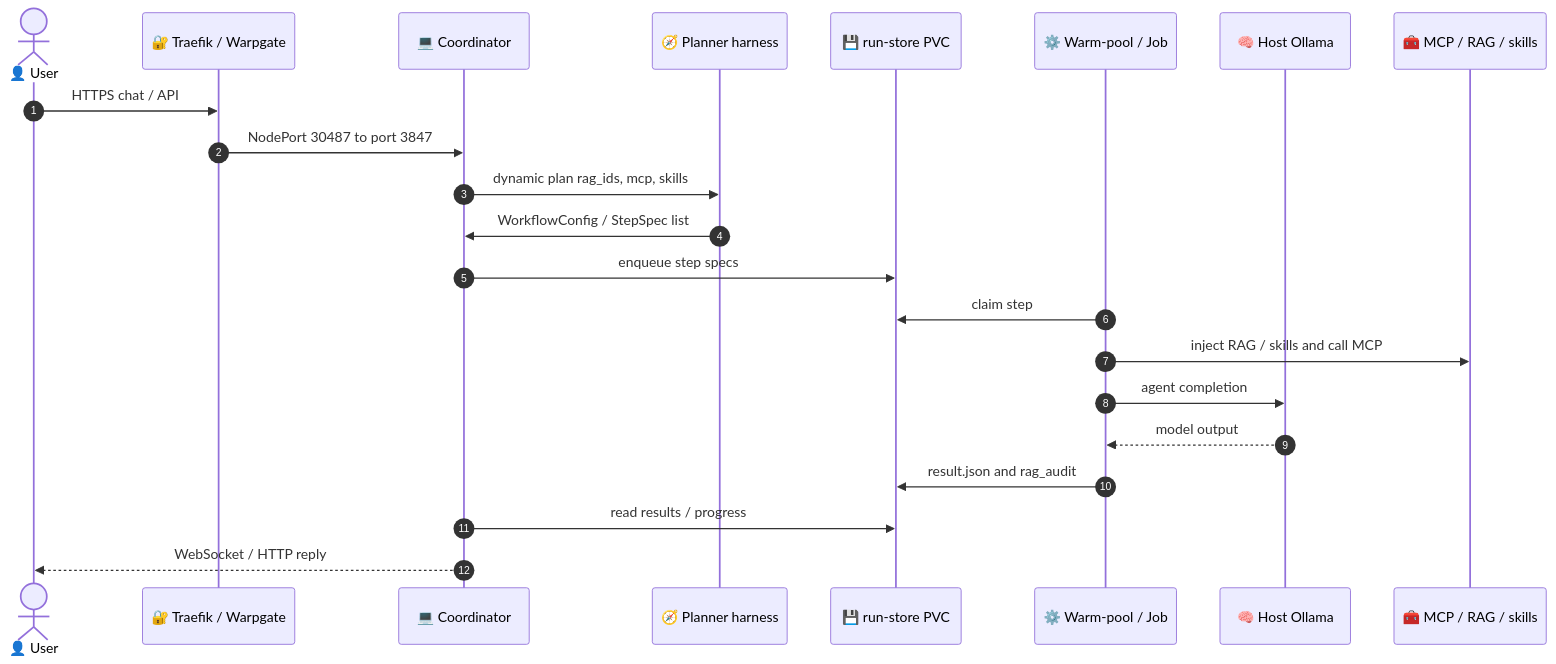
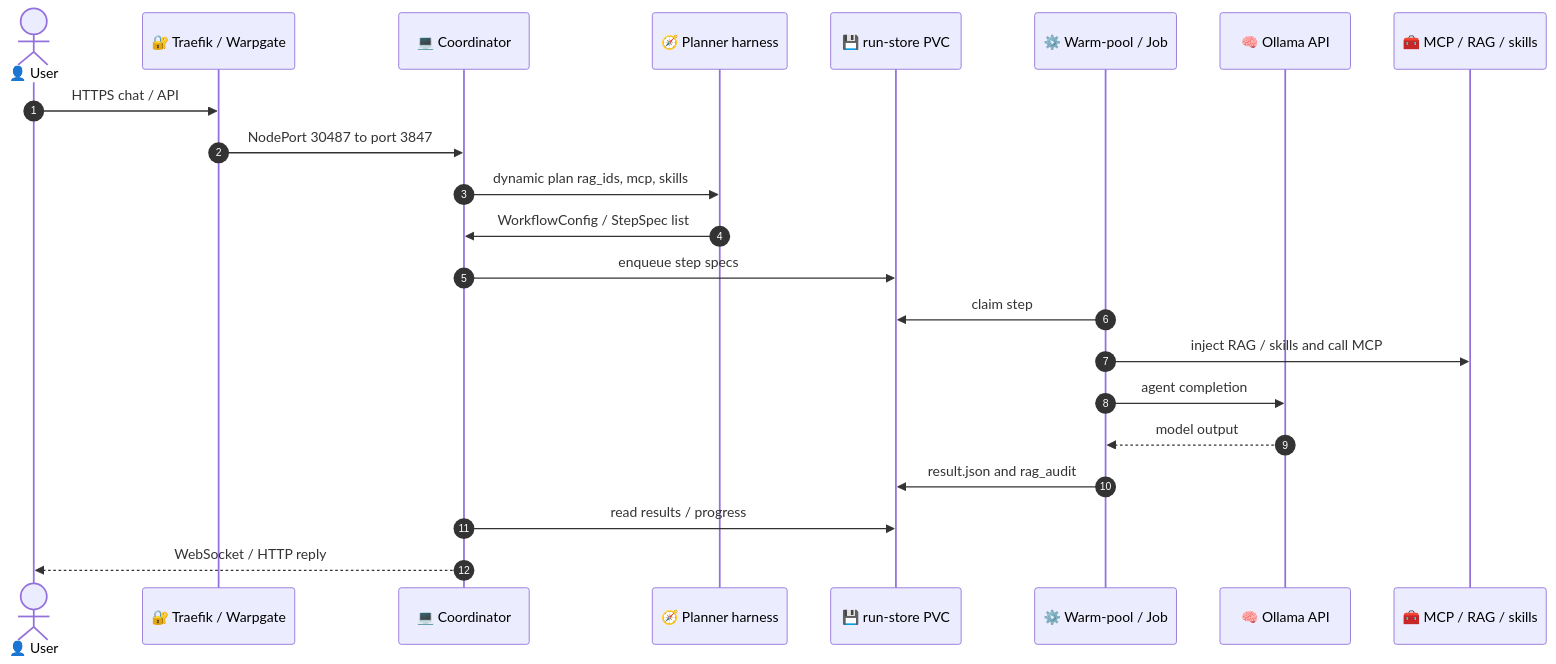
Before and after one commit to zlatko-lakisic/agentic-orchestration: the second of 3 diagrams in docs/system-architecture/index.md, drawn with Mermaid. The commit also changed other lines of this file and 7 other files, not shown here.

First line of the commit message:
Sync docs for Ollama ownership guide and edge architecture updates.

````diff
--- a/docs/system-architecture/index.md
+++ b/docs/system-architecture/index.md
@@ -80,25 +86,25 @@
 ```mermaid
 sequenceDiagram
   autonumber
   actor User as 👤 User
   participant Edge as 🔐 Traefik / Warpgate
   participant Coord as 💻 Coordinator
   participant Plan as 🧭 Planner harness
   participant Store as 💾 run-store PVC
   participant Worker as ⚙️ Warm-pool / Job
-  participant LLM as 🧠 Host Ollama
+  participant LLM as 🧠 Ollama API
   participant Tools as 🧰 MCP / RAG / skills
 
   User->>Edge: HTTPS chat / API
   Edge->>Coord: NodePort 30487 to port 3847
   Coord->>Plan: dynamic plan rag_ids, mcp, skills
   Plan->>Coord: WorkflowConfig / StepSpec list
   Coord->>Store: enqueue step specs
   Worker->>Store: claim step
   Worker->>Tools: inject RAG / skills and call MCP
   Worker->>LLM: agent completion
   LLM-->>Worker: model output
   Worker->>Store: result.json and rag_audit
   Coord->>Store: read results / progress
   Coord-->>User: WebSocket / HTTP reply
 ```
````
